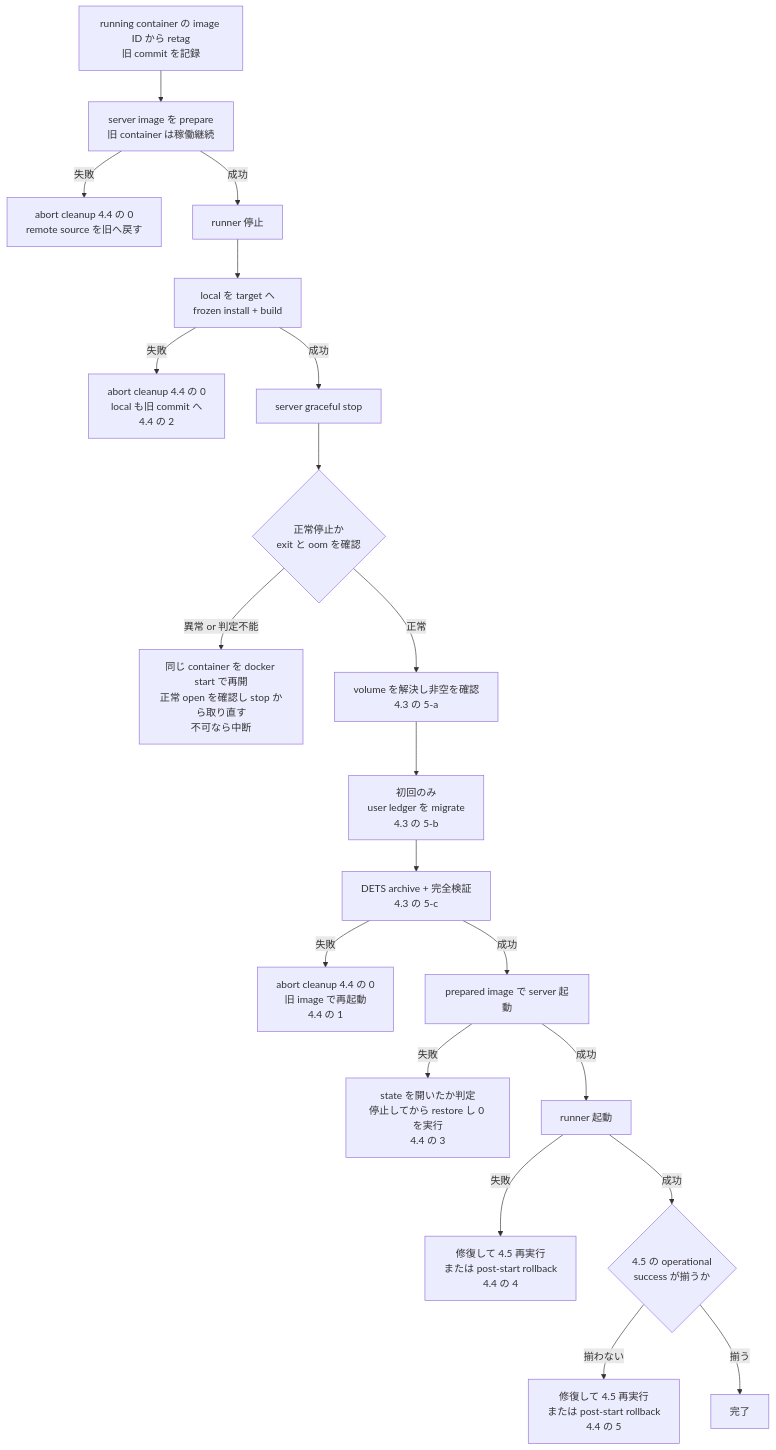
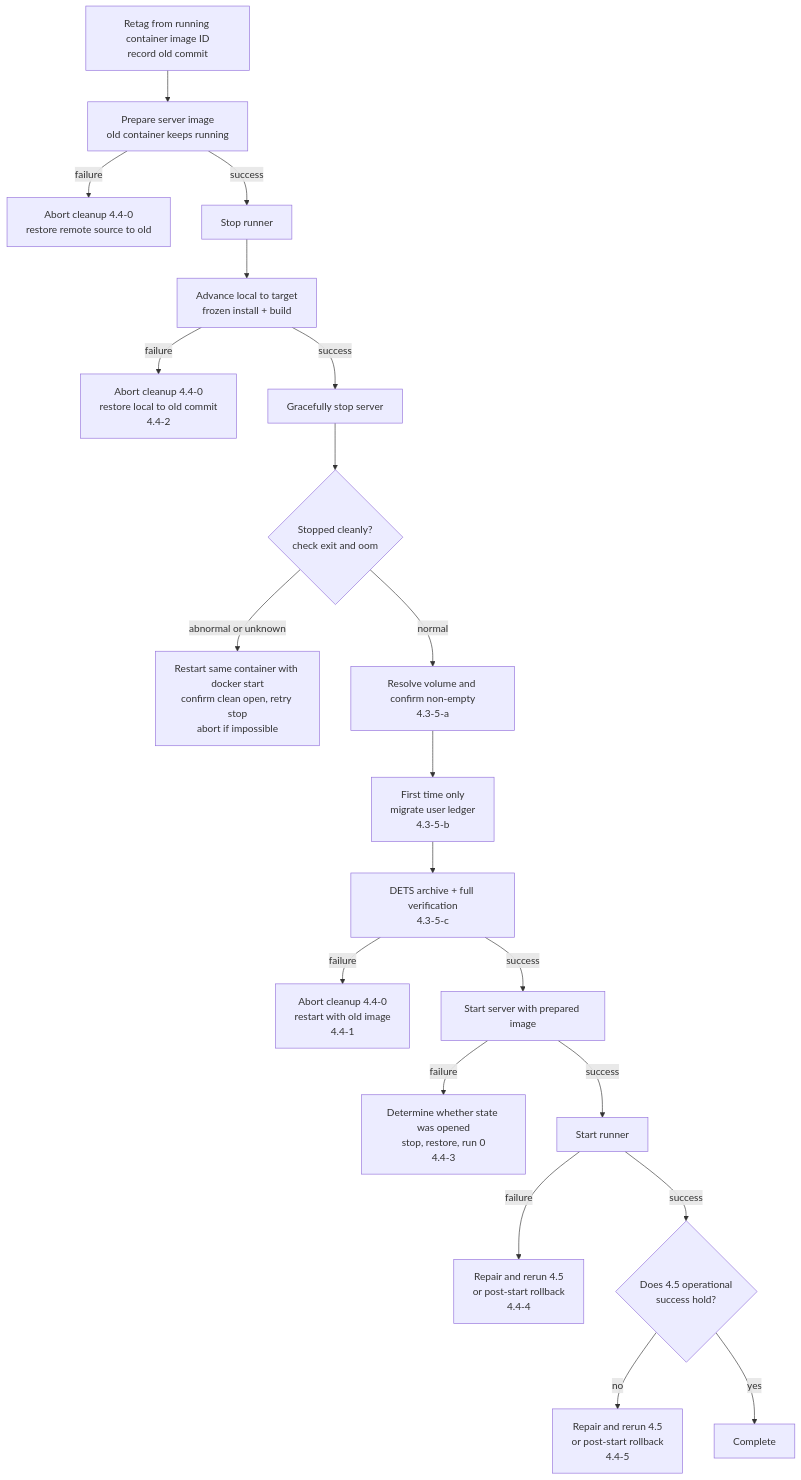
The second of 2 diagrams in docs/specs/deployment.md (sakuraiyuta/kaoiro), drawn with Mermaid before and after one commit. The commit also changed other lines of this file, not shown here.

````diff
--- a/docs/specs/deployment.md
+++ b/docs/specs/deployment.md
@@ -409,22 +416,22 @@
 ```mermaid
 flowchart TD
-  A[running container の image ID から retag<br/>旧 commit を記録] --> B[server image を prepare<br/>旧 container は稼働継続]
-  B -->|失敗| R0[abort cleanup 4.4 の 0<br/>remote source を旧へ戻す]
-  B -->|成功| C[runner 停止]
-  C --> D[local を target へ<br/>frozen install + build]
-  D -->|失敗| R1[abort cleanup 4.4 の 0<br/>local も旧 commit へ<br/>4.4 の 2]
-  D -->|成功| E[server graceful stop]
-  E --> S{正常停止か<br/>exit と oom を確認}
-  S -->|異常 or 判定不能| R5[同じ container を docker start で再開<br/>正常 open を確認し stop から取り直す<br/>不可なら中断]
-  S -->|正常| V[volume を解決し非空を確認<br/>4.3 の 5-a]
-  V --> M[初回のみ<br/>user ledger を migrate<br/>4.3 の 5-b]
-  M --> F[DETS archive + 完全検証<br/>4.3 の 5-c]
-  F -->|失敗| R2[abort cleanup 4.4 の 0<br/>旧 image で再起動<br/>4.4 の 1]
-  F -->|成功| G[prepared image で server 起動]
-  G -->|失敗| R3[state を開いたか判定<br/>停止してから restore し 0 を実行<br/>4.4 の 3]
-  G -->|成功| H[runner 起動]
-  H -->|失敗| R4[修復して 4.5 再実行<br/>または post-start rollback<br/>4.4 の 4]
-  H -->|成功| I{4.5 の operational<br/>success が揃うか}
-  I -->|揃わない| R6[修復して 4.5 再実行<br/>または post-start rollback<br/>4.4 の 5]
-  I -->|揃う| Z[完了]
+  A["Retag from running container image ID<br/>record old commit"] --> B["Prepare server image<br/>old container keeps running"]
+  B -->|failure| R0["Abort cleanup 4.4-0<br/>restore remote source to old"]
+  B -->|success| C["Stop runner"]
+  C --> D["Advance local to target<br/>frozen install + build"]
+  D -->|failure| R1["Abort cleanup 4.4-0<br/>restore local to old commit<br/>4.4-2"]
+  D -->|success| E["Gracefully stop server"]
+  E --> S{"Stopped cleanly?<br/>check exit and oom"}
+  S -->|abnormal or unknown| R5["Restart same container with docker start<br/>confirm clean open, retry stop<br/>abort if impossible"]
+  S -->|normal| V["Resolve volume and confirm non-empty<br/>4.3-5-a"]
+  V --> M["First time only<br/>migrate user ledger<br/>4.3-5-b"]
+  M --> F["DETS archive + full verification<br/>4.3-5-c"]
+  F -->|failure| R2["Abort cleanup 4.4-0<br/>restart with old image<br/>4.4-1"]
+  F -->|success| G["Start server with prepared image"]
+  G -->|failure| R3["Determine whether state was opened<br/>stop, restore, run 0<br/>4.4-3"]
+  G -->|success| H["Start runner"]
+  H -->|failure| R4["Repair and rerun 4.5<br/>or post-start rollback<br/>4.4-4"]
+  H -->|success| I{"Does 4.5 operational<br/>success hold?"}
+  I -->|no| R6["Repair and rerun 4.5<br/>or post-start rollback<br/>4.4-5"]
+  I -->|yes| Z["Complete"]
 ```
````
